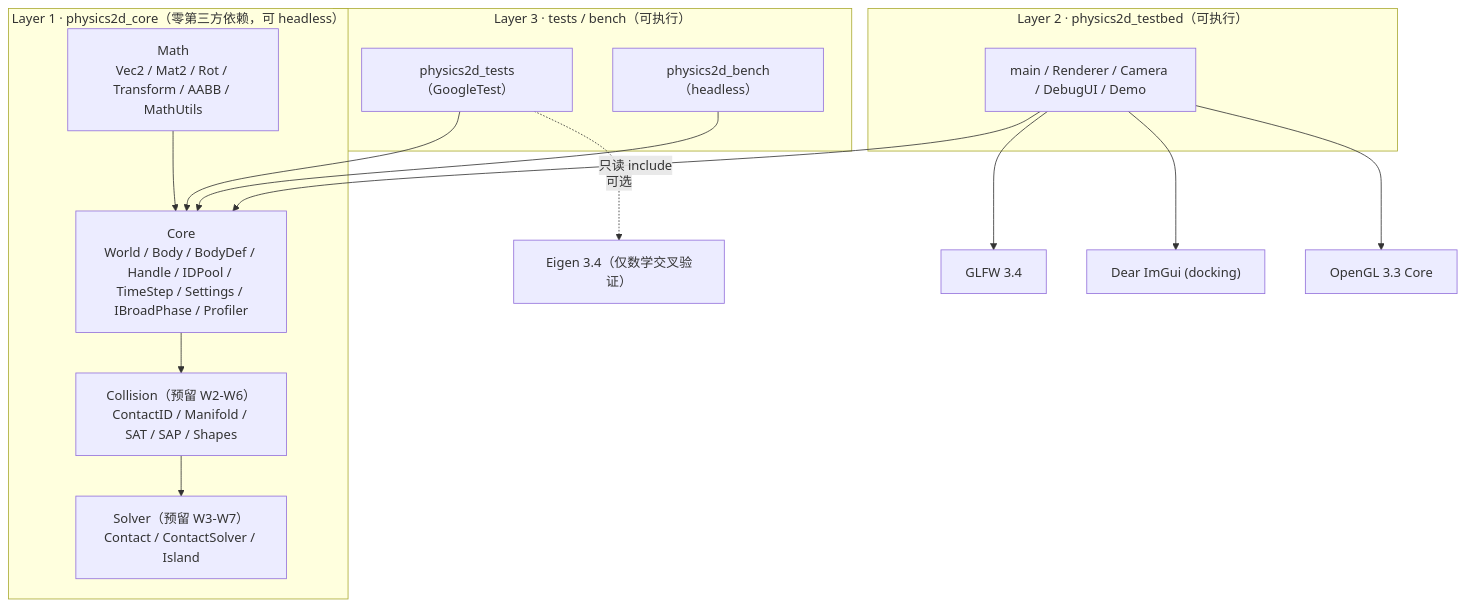
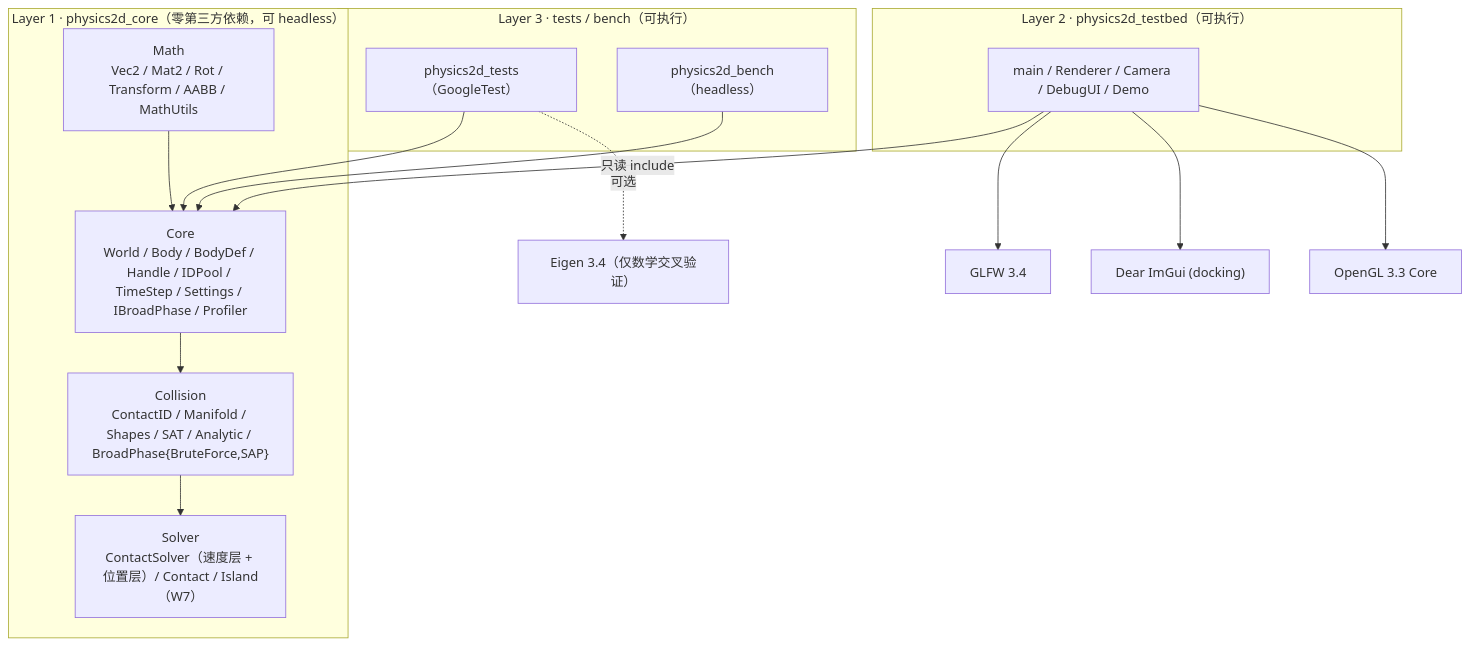
One commit to baisctong/Physics2D changed the first of 5 diagrams in docs/architecture.md. Above: the diagram before and after it, drawn with Mermaid. The commit also changed other lines of this file and 7 other files, not shown here.

First line of the commit message:
docs: Week 6 devlog, roadmap, architecture, interface registry and Week 7 handoff

````diff
--- a/docs/architecture.md
+++ b/docs/architecture.md
@@ -8,29 +8,29 @@
 ```mermaid
 flowchart TD
     subgraph Layer1["Layer 1 · physics2d_core（零第三方依赖，可 headless）"]
         Math["Math<br/>Vec2 / Mat2 / Rot / Transform / AABB / MathUtils"]
         Core["Core<br/>World / Body / BodyDef / Handle / IDPool / TimeStep / Settings / IBroadPhase / Profiler"]
-        Collision["Collision（预留 W2-W6）<br/>ContactID / Manifold / SAT / SAP / Shapes"]
-        Solver["Solver（预留 W3-W7）<br/>Contact / ContactSolver / Island"]
+        Collision["Collision<br/>ContactID / Manifold / Shapes / SAT / Analytic / BroadPhase{BruteForce,SAP}"]
+        Solver["Solver<br/>ContactSolver（速度层 + 位置层）/ Contact / Island（W7）"]
         Math --> Core
         Core --> Collision
         Collision --> Solver
     end
 
     subgraph Layer2["Layer 2 · physics2d_testbed（可执行）"]
         TB["main / Renderer / Camera / DebugUI / Demo"]
     end
 
     subgraph Layer3["Layer 3 · tests / bench（可执行）"]
         T["physics2d_tests（GoogleTest）"]
         B["physics2d_bench（headless）"]
     end
 
     TB -->|只读 include| Core
     TB --> GLFW["GLFW 3.4"]
     TB --> ImGui["Dear ImGui (docking)"]
     TB --> GL["OpenGL 3.3 Core"]
     T --> Core
     B --> Core
     T -. 可选 .-> Eigen["Eigen 3.4（仅数学交叉验证）"]
 ```
````
